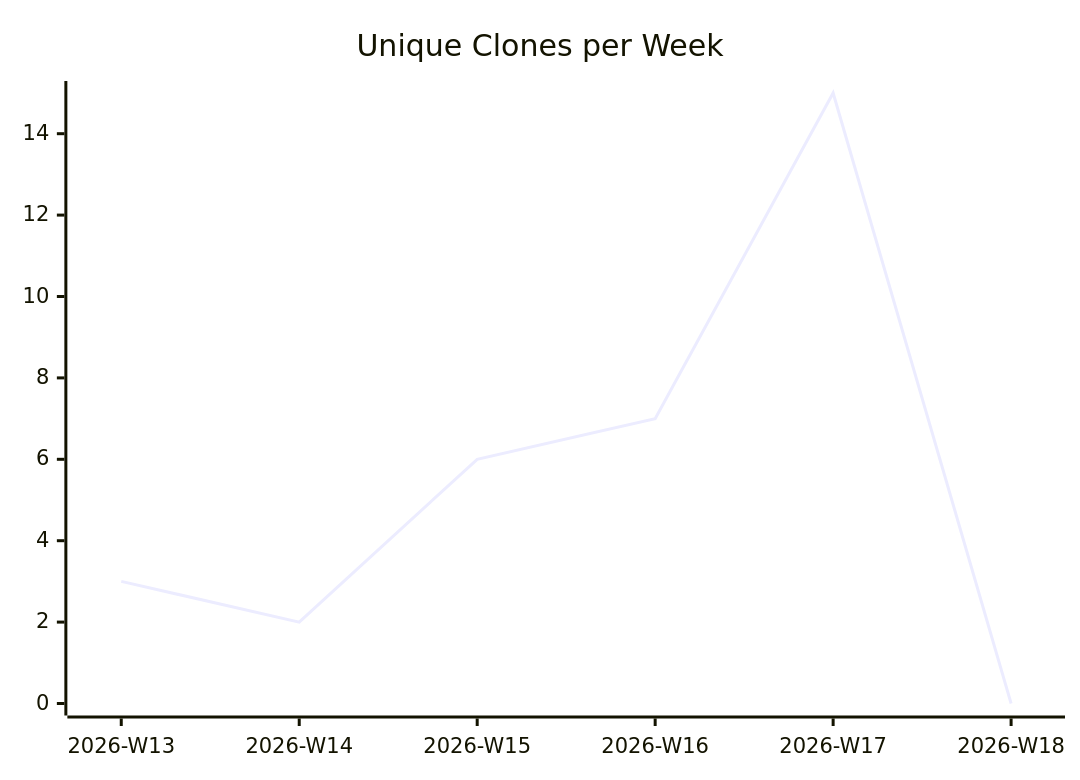
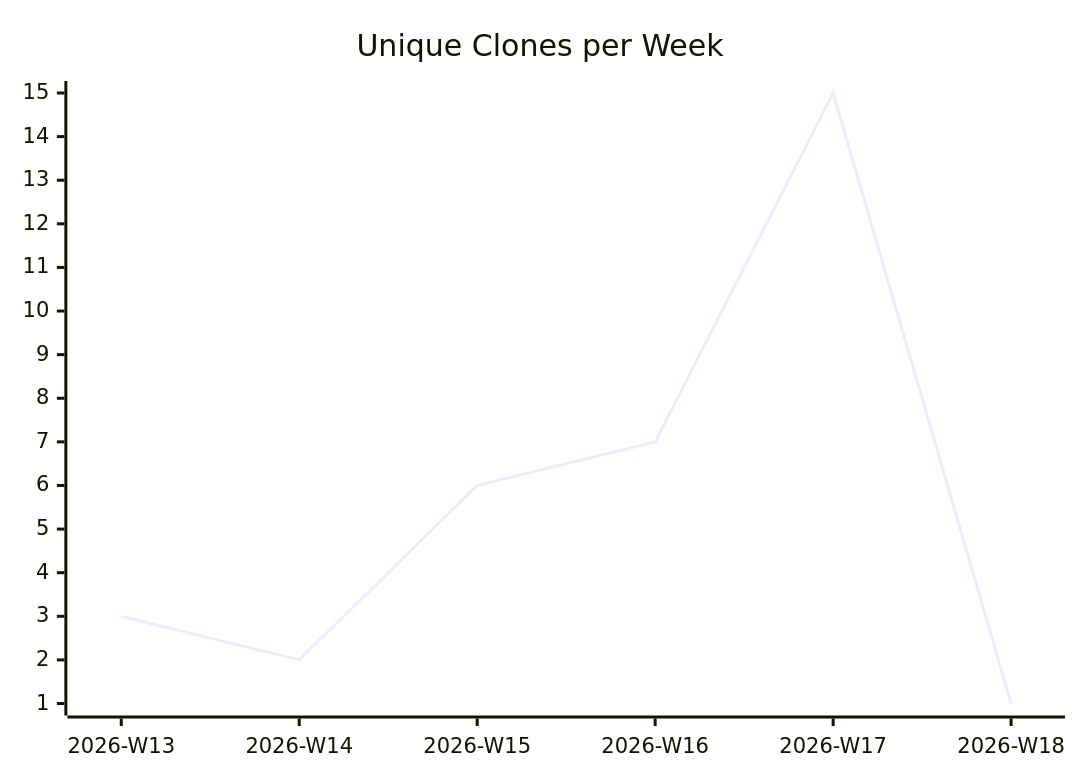
The third of 3 diagrams in karlmdavis/justdavis-ansible/README.md (justdavis-family/github-analytics-data), drawn with Mermaid before and after one commit. The commit also changed other lines of this file and 187 other files, not shown here.

````diff
--- a/karlmdavis/justdavis-ansible/README.md
+++ b/karlmdavis/justdavis-ansible/README.md
@@ -19,6 +19,6 @@
 ```mermaid
 xychart-beta
   title "Unique Clones per Week"
   x-axis ["2026-W13", "2026-W14", "2026-W15", "2026-W16", "2026-W17", "2026-W18"]
-  line [3, 2, 6, 7, 15, 0]
+  line [3, 2, 6, 7, 15, 1]
 ```
````
